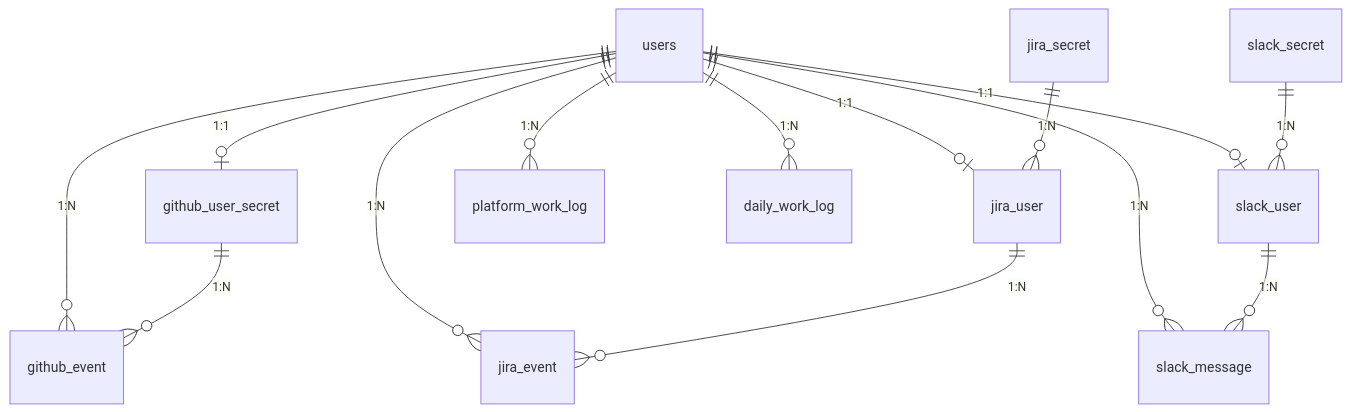
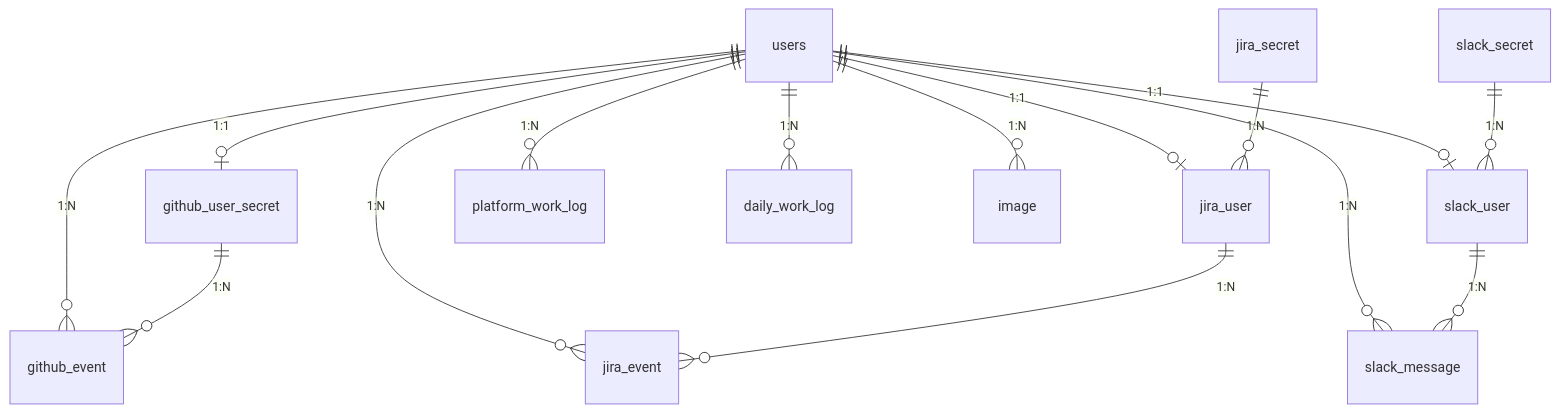
Before and after one commit to sanggi-wjg/dev-blackbox: the first of 7 diagrams in docs/ERD.md, drawn with Mermaid. The commit also changed other lines of this file and 18 other files, not shown here.

````diff
--- a/docs/ERD.md
+++ b/docs/ERD.md
@@ -9,16 +9,17 @@
 ```mermaid
 erDiagram
     users ||--o| github_user_secret: "1:1"
     users ||--o{ github_event: "1:N"
     users ||--o| jira_user: "1:1"
     users ||--o{ jira_event: "1:N"
     users ||--o| slack_user: "1:1"
     users ||--o{ slack_message: "1:N"
     users ||--o{ platform_work_log: "1:N"
     users ||--o{ daily_work_log: "1:N"
+    users ||--o{ image: "1:N"
     github_user_secret ||--o{ github_event: "1:N"
     jira_secret ||--o{ jira_user: "1:N"
     jira_user ||--o{ jira_event: "1:N"
     slack_secret ||--o{ slack_user: "1:N"
     slack_user ||--o{ slack_message: "1:N"
 ```
````
